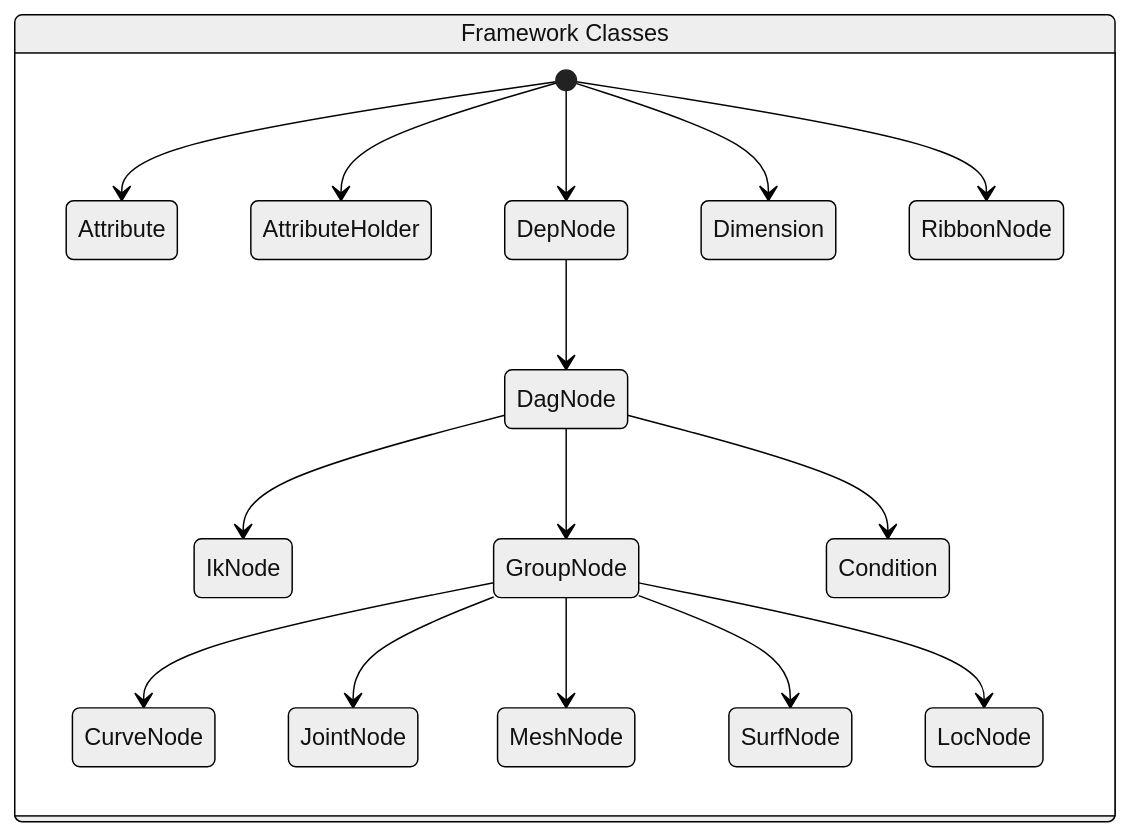
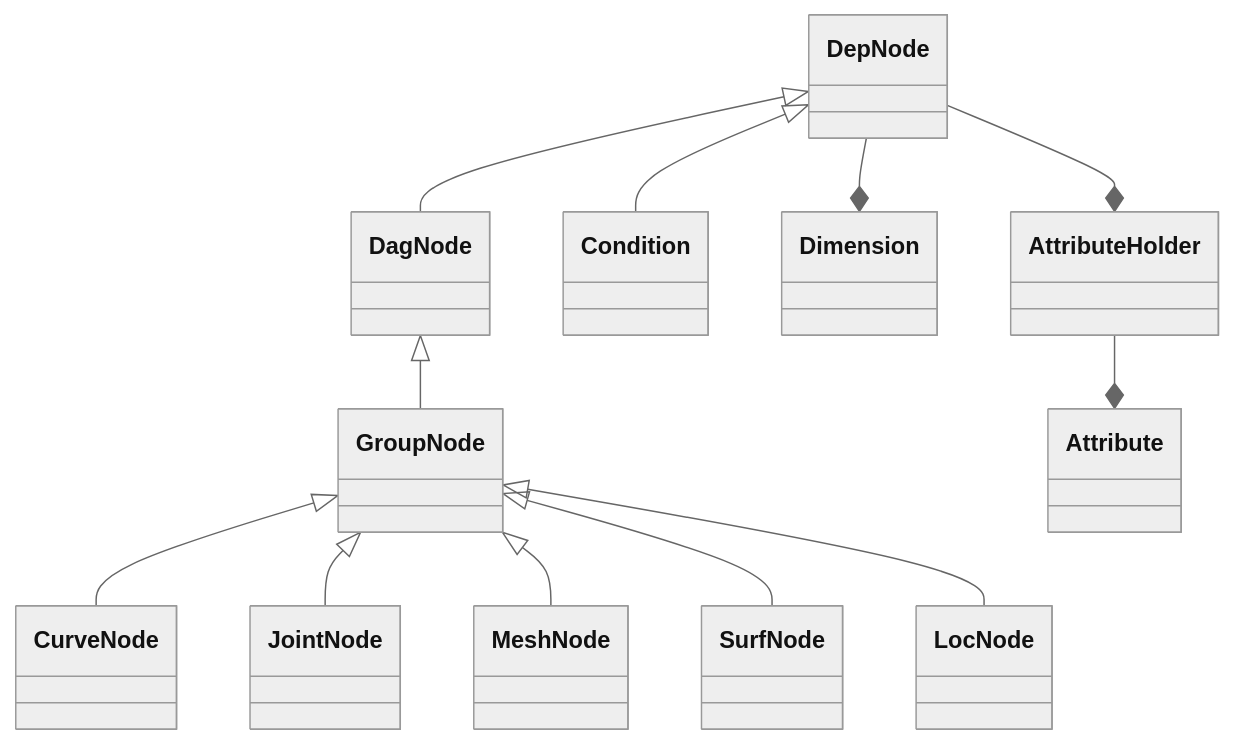
Before and after one commit to nickyliux/nl_rigging_tools: the first of 2 diagrams in README.md, drawn with Mermaid (neutral theme). The commit also changed other lines of this file, not shown here.

Commit message:
use class diagram

````diff
--- a/README.md
+++ b/README.md
@@ -20,20 +21,16 @@
 ```mermaid
-stateDiagram
-    rfc: Framework Classes
-    state rfc {
-        [*] --> Attribute
-        [*] --> AttributeHolder
-        [*] --> DepNode
-        [*] --> Dimension
-        [*] --> RibbonNode
-        DepNode --> DagNode
-        DagNode --> IkNode
-        DagNode --> GroupNode
-        DagNode --> Condition
-        GroupNode --> CurveNode
-        GroupNode --> JointNode
-        GroupNode --> MeshNode
-        GroupNode --> SurfNode
-        GroupNode --> LocNode
-    }
+classDiagram
+    
+    DepNode <|-- DagNode
+    DagNode <|-- GroupNode
+    DepNode <|-- Condition
+    GroupNode <|-- CurveNode
+    GroupNode <|-- JointNode
+    GroupNode <|-- MeshNode
+    GroupNode <|-- SurfNode
+    GroupNode <|-- LocNode
+    DepNode --* Dimension
+    DepNode --* AttributeHolder
+    AttributeHolder --* Attribute
+    
 ```
````
